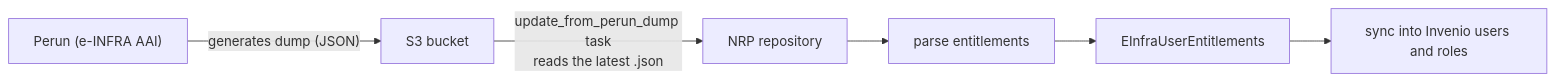
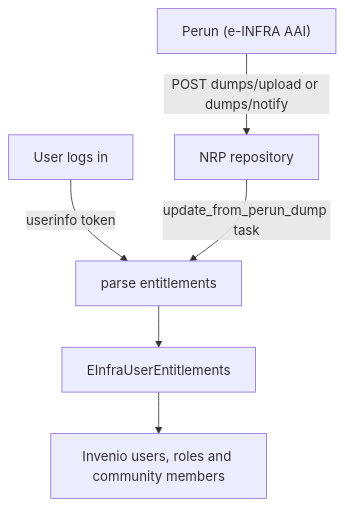
The diagram in content/deploy/aai.mdx (NRP-CZ/docs), drawn with Mermaid before and after one commit. The commit also changed other lines of this file, not shown here.

````diff
--- a/content/deploy/aai.mdx
+++ b/content/deploy/aai.mdx
@@ -115,8 +142,8 @@
 ```mermaid
-flowchart LR
-    Perun["Perun (e-INFRA AAI)"] -->|"generates dump (JSON)"| S3["S3 bucket"]
-    S3 -->|"update_from_perun_dump task<br/>reads the latest .json"| Repo["NRP repository"]
-    Repo --> Entitlements["parse entitlements"]
-    Entitlements --> Table["EInfraUserEntitlements"]
-    Table --> Users["sync into Invenio users and roles"]
+flowchart TB
+    Login["User logs in"] -->|"userinfo token"| Ent["parse entitlements"]
+    Perun["Perun (e-INFRA AAI)"] -->|"POST dumps/upload or dumps/notify"| Repo["NRP repository"]
+    Repo -->|"update_from_perun_dump task"| Ent
+    Ent --> Table["EInfraUserEntitlements"]
+    Table --> Users["Invenio users, roles and community members"]
 ```
````
